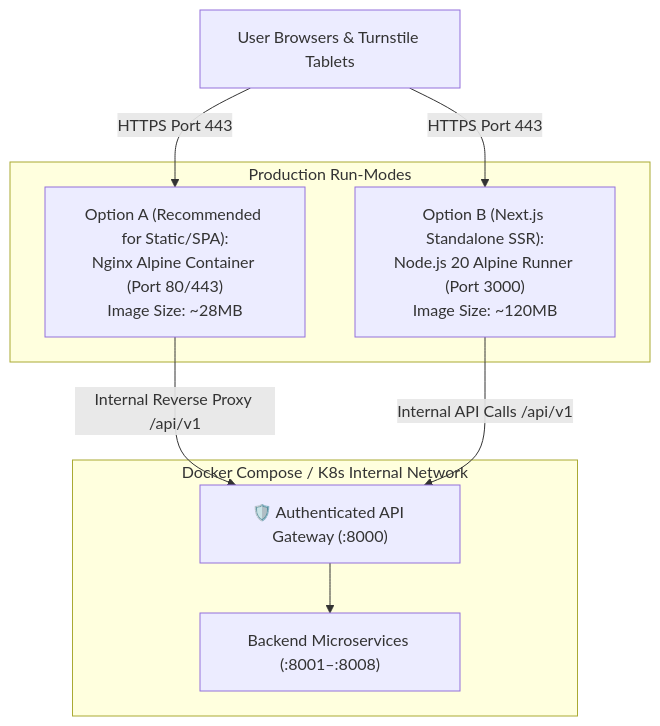
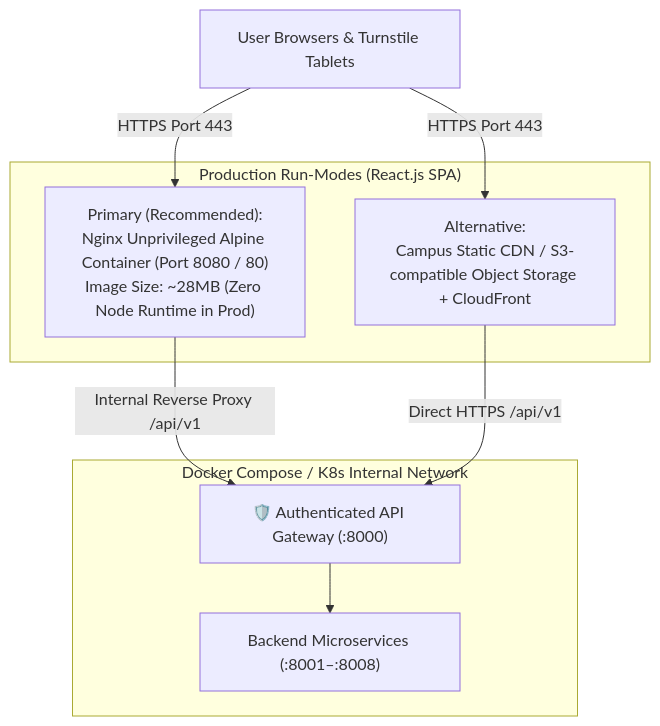
The diagram in frontend/docs/04-deployment-and-devops.md (Aarav-cyber/Gym-allocation), drawn with Mermaid before and after one commit. The commit also changed other lines of this file and 3 other files, not shown here.

````diff
--- a/frontend/docs/04-deployment-and-devops.md
+++ b/frontend/docs/04-deployment-and-devops.md
@@ -13,20 +13,20 @@
 ```mermaid
 graph TD
     Client["User Browsers & Turnstile Tablets"]
     
-    subgraph DeploymentModes ["Production Run-Modes"]
-        ModeA["Option A (Recommended for Static/SPA):<br/>Nginx Alpine Container (Port 80/443)<br/>Image Size: ~28MB"]
-        ModeB["Option B (Next.js Standalone SSR):<br/>Node.js 20 Alpine Runner (Port 3000)<br/>Image Size: ~120MB"]
+    subgraph DeploymentModes ["Production Run-Modes (React.js SPA)"]
+        ModeA["Primary (Recommended):<br/>Nginx Unprivileged Alpine Container (Port 8080 / 80)<br/>Image Size: ~28MB (Zero Node Runtime in Prod)"]
+        ModeB["Alternative:<br/>Campus Static CDN / S3-compatible Object Storage + CloudFront"]
     end
 
     subgraph InternalNetwork ["Docker Compose / K8s Internal Network"]
         Gateway["🛡️ Authenticated API Gateway (:8000)"]
         BackendSvc["Backend Microservices (:8001–:8008)"]
     end
 
     Client -->|HTTPS Port 443| ModeA
     Client -->|HTTPS Port 443| ModeB
     ModeA -->|Internal Reverse Proxy /api/v1| Gateway
-    ModeB -->|Internal API Calls /api/v1| Gateway
+    ModeB -->|Direct HTTPS /api/v1| Gateway
     Gateway --> BackendSvc
 ```
````
